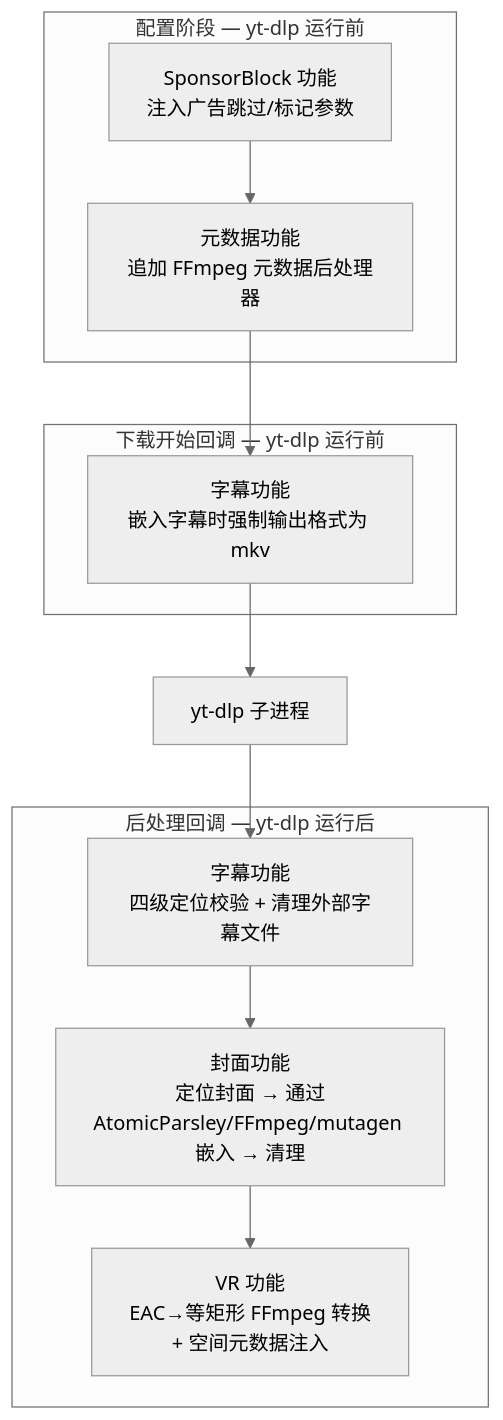
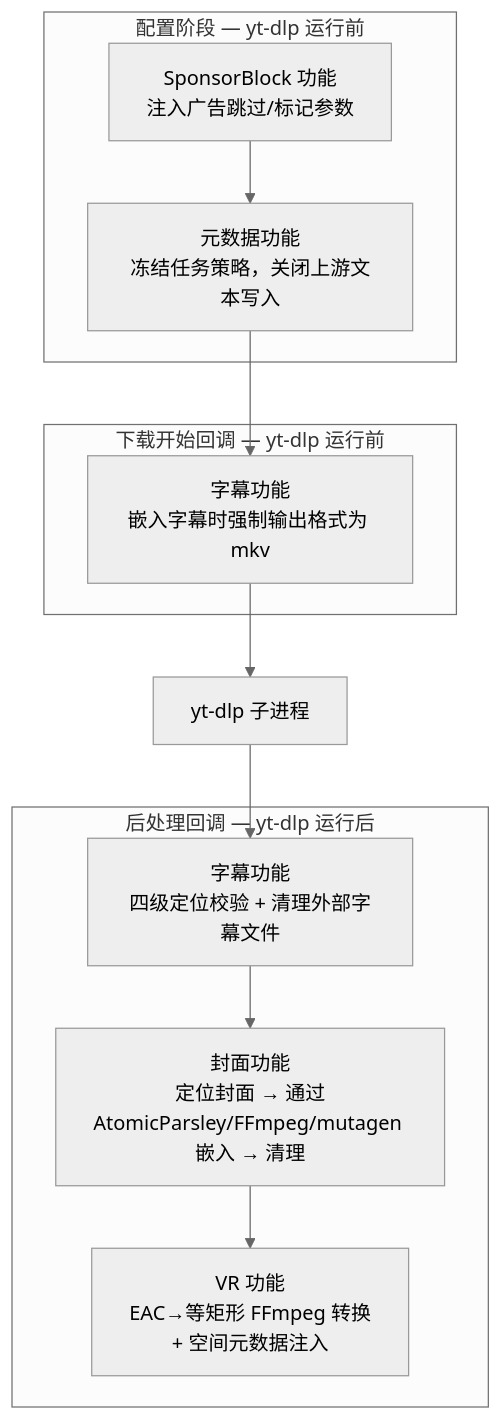
Before and after one commit to SakuraForgot/FluentYTDL: the eighth of 21 diagrams in docs/ARCHITECTURE_CN.md, drawn with Mermaid (neutral theme). The commit also changed other lines of this file and 136 other files, not shown here.

````diff
--- a/docs/ARCHITECTURE_CN.md
+++ b/docs/ARCHITECTURE_CN.md
@@ -377,21 +381,21 @@
 ```mermaid
 flowchart TD
     subgraph configure["配置阶段 — yt-dlp 运行前"]
         SB1["SponsorBlock 功能<br/>注入广告跳过/标记参数"]
-        MF1["元数据功能<br/>追加 FFmpeg 元数据后处理器"]
+        MF1["元数据功能<br/>冻结任务策略，关闭上游文本写入"]
     end
 
     subgraph on_start["下载开始回调 — yt-dlp 运行前"]
         SF1["字幕功能<br/>嵌入字幕时强制输出格式为 mkv"]
     end
 
     subgraph on_post["后处理回调 — yt-dlp 运行后"]
         SF2["字幕功能<br/>四级定位校验 + 清理外部字幕文件"]
         TF1["封面功能<br/>定位封面 → 通过<br/>AtomicParsley/FFmpeg/mutagen 嵌入 → 清理"]
         VF1["VR 功能<br/>EAC→等矩形 FFmpeg 转换<br/>+ 空间元数据注入"]
     end
 
     SB1 --> MF1 --> SF1
     SF1 --> C["yt-dlp 子进程"]
     C --> SF2 --> TF1 --> VF1
 ```
````
